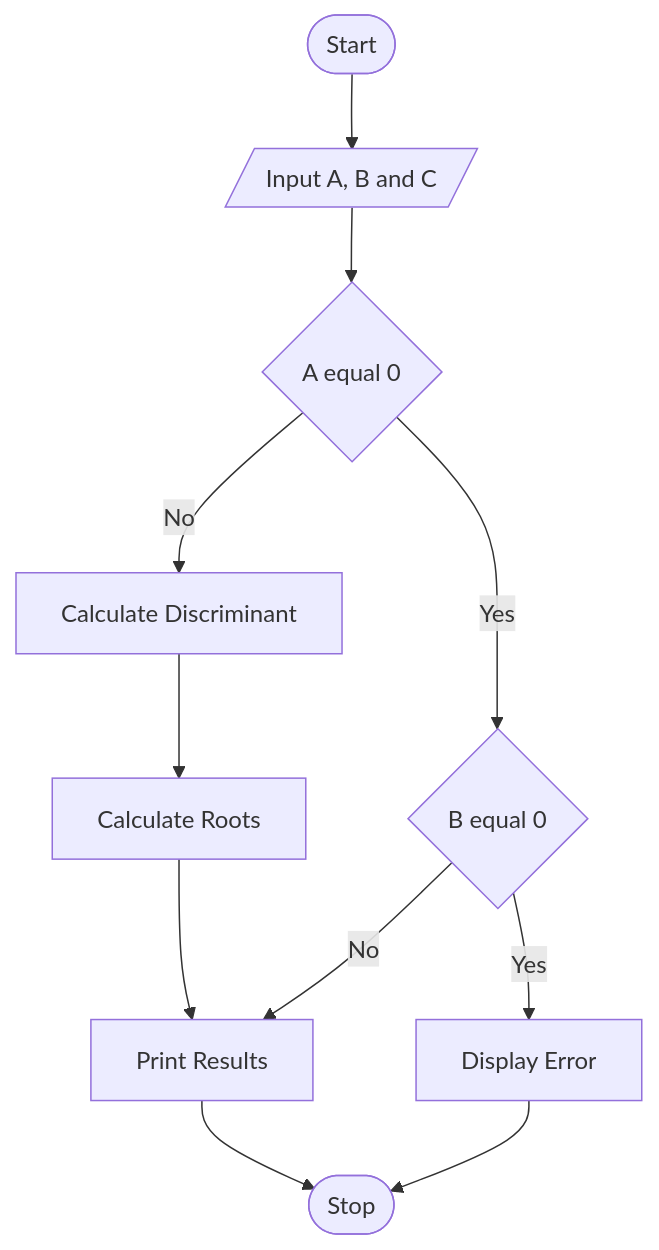
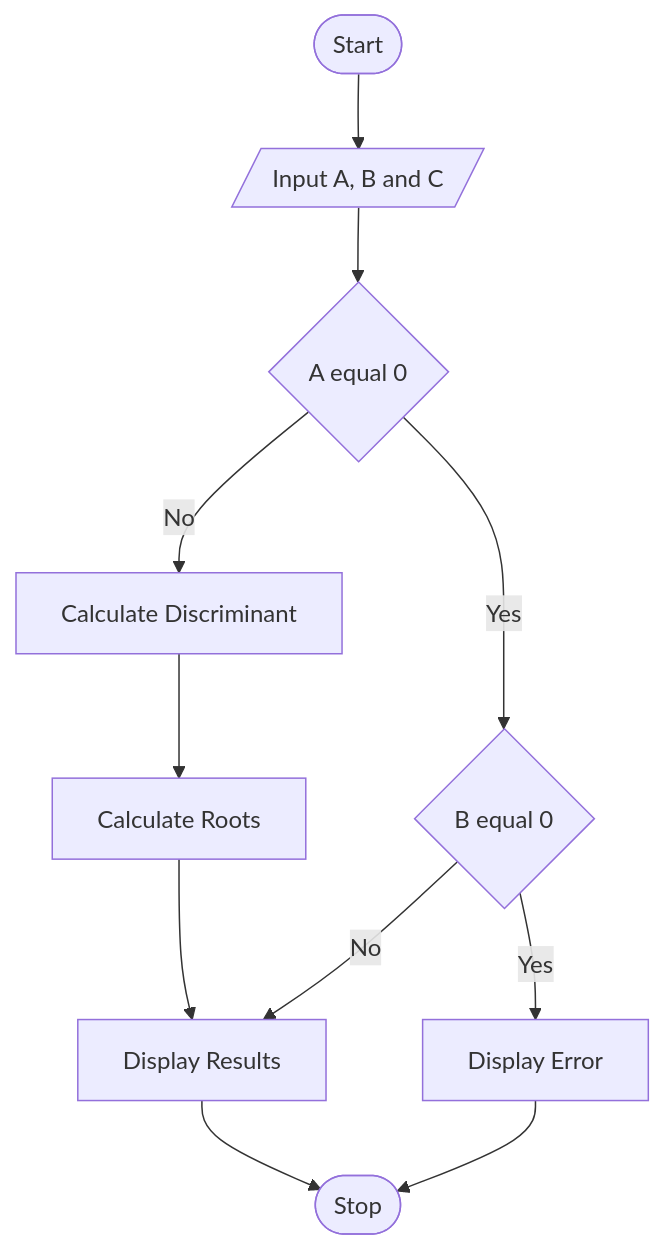
Before and after one commit to jumpogpo/KMITL-CS-28: the diagram in Year2/Analysis_and_Desgin_of_Algorithms_6236/Lab1/flowchart.md, drawn with Mermaid. The commit also changed 1 other file, not shown here.

````diff
--- a/Year2/Analysis_and_Desgin_of_Algorithms_6236/Lab1/flowchart.md
+++ b/Year2/Analysis_and_Desgin_of_Algorithms_6236/Lab1/flowchart.md
@@ -1,12 +1,12 @@
 ```mermaid
 graph TD
   A([Start]) --> B(Get Coefficients)
   B[/Input A, B and C/] --> C{A equal 0}
   C -- No --> D[Calculate Discriminant]
   D --> E[Calculate Roots]
-  E --> F[Print Results] --> I
+  E --> F[Display Results] --> I
   C -- Yes --> G{B equal 0}
   G -- Yes --> H[Display Error] --> I
   G -- No --> F
   I([Stop])
 ```
````
